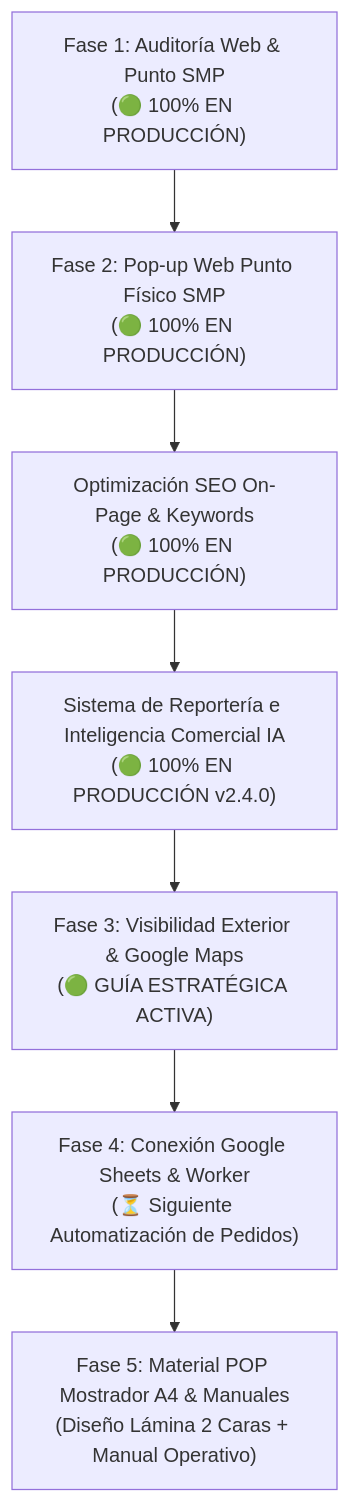
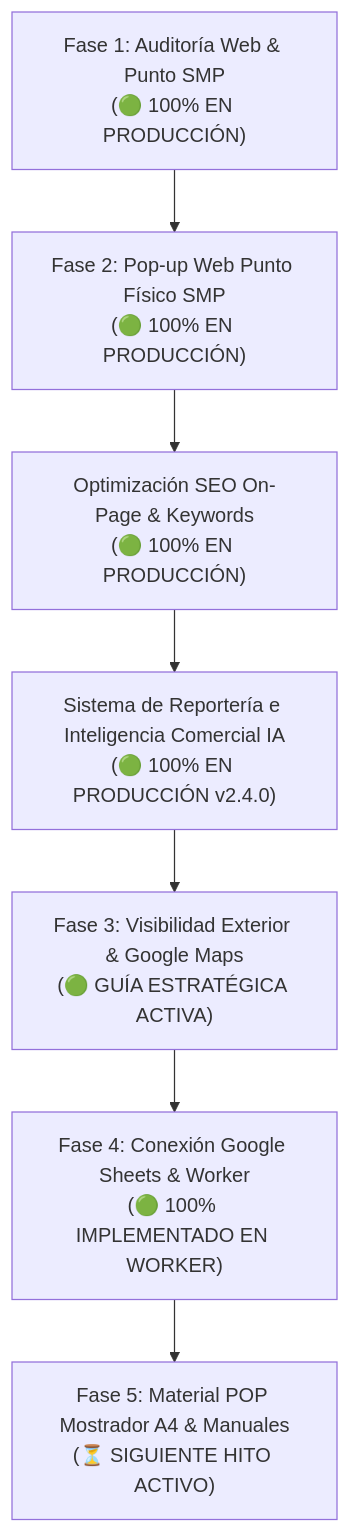
Before and after one commit to dolce7aroma/dolce7aroma.github.io: the diagram in docs/5_REPORTE_AUDITORIA_2026-11-06.md, drawn with Mermaid. The commit also changed 3 other files, not shown here.

Commit message:
feat(worker): completar Fase 4 - Conexion Google Sheets y sincronizacion de pedidos en tiempo real

````diff
--- a/docs/5_REPORTE_AUDITORIA_2026-11-06.md
+++ b/docs/5_REPORTE_AUDITORIA_2026-11-06.md
@@ -22,9 +22,9 @@
 ```mermaid
 flowchart TD
     Fase1["Fase 1: Auditoría Web & Punto SMP<br/>(🟢 100% EN PRODUCCIÓN)"] --> Fase2["Fase 2: Pop-up Web Punto Físico SMP<br/>(🟢 100% EN PRODUCCIÓN)"]
     Fase2 --> SEO["Optimización SEO On-Page & Keywords<br/>(🟢 100% EN PRODUCCIÓN)"]
     SEO --> Reporteria["Sistema de Reportería e Inteligencia Comercial IA<br/>(🟢 100% EN PRODUCCIÓN v2.4.0)"]
     Reporteria --> Fase3["Fase 3: Visibilidad Exterior & Google Maps<br/>(🟢 GUÍA ESTRATÉGICA ACTIVA)"]
-    Fase3 --> Fase4["Fase 4: Conexión Google Sheets & Worker<br/>(⏳ Siguiente Automatización de Pedidos)"]
-    Fase4 --> Fase5["Fase 5: Material POP Mostrador A4 & Manuales<br/>(Diseño Lámina 2 Caras + Manual Operativo)"]
+    Fase3 --> Fase4["Fase 4: Conexión Google Sheets & Worker<br/>(🟢 100% IMPLEMENTADO EN WORKER)"]
+    Fase4 --> Fase5["Fase 5: Material POP Mostrador A4 & Manuales<br/>(⏳ SIGUIENTE HITO ACTIVO)"]
 ```
````
